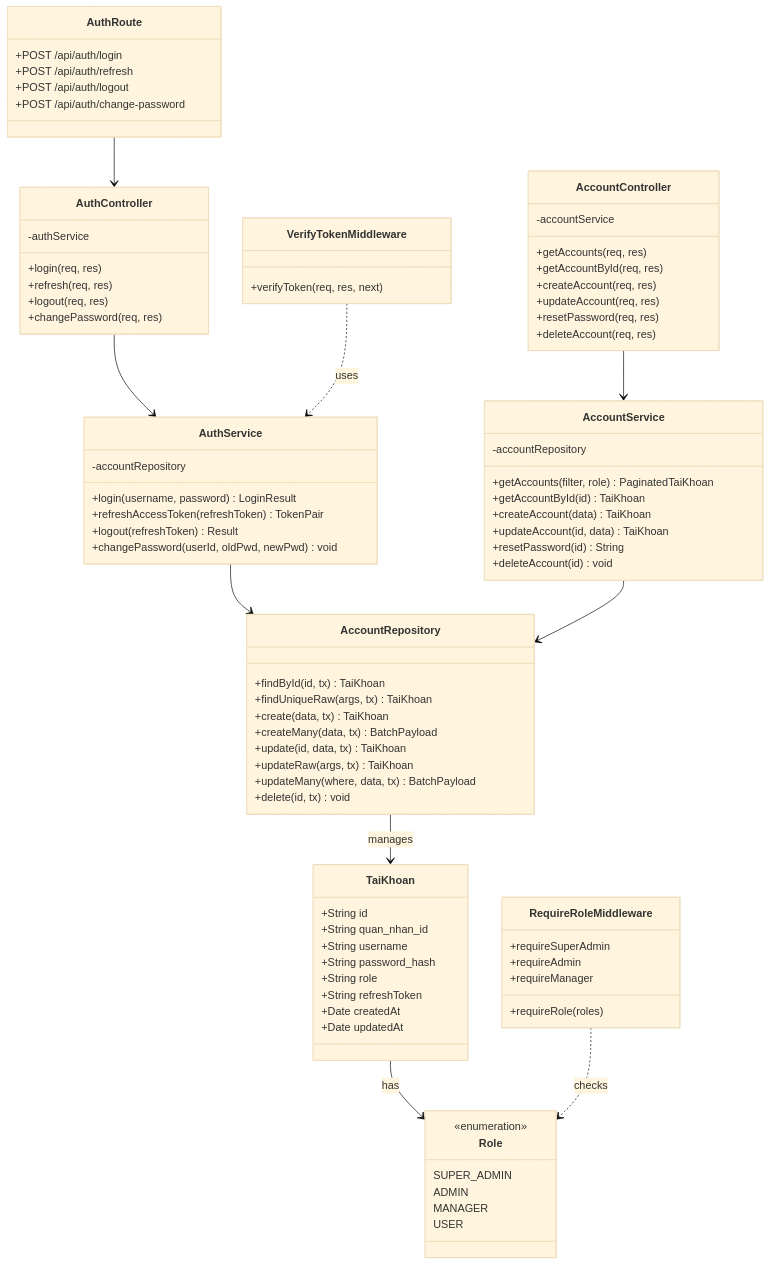
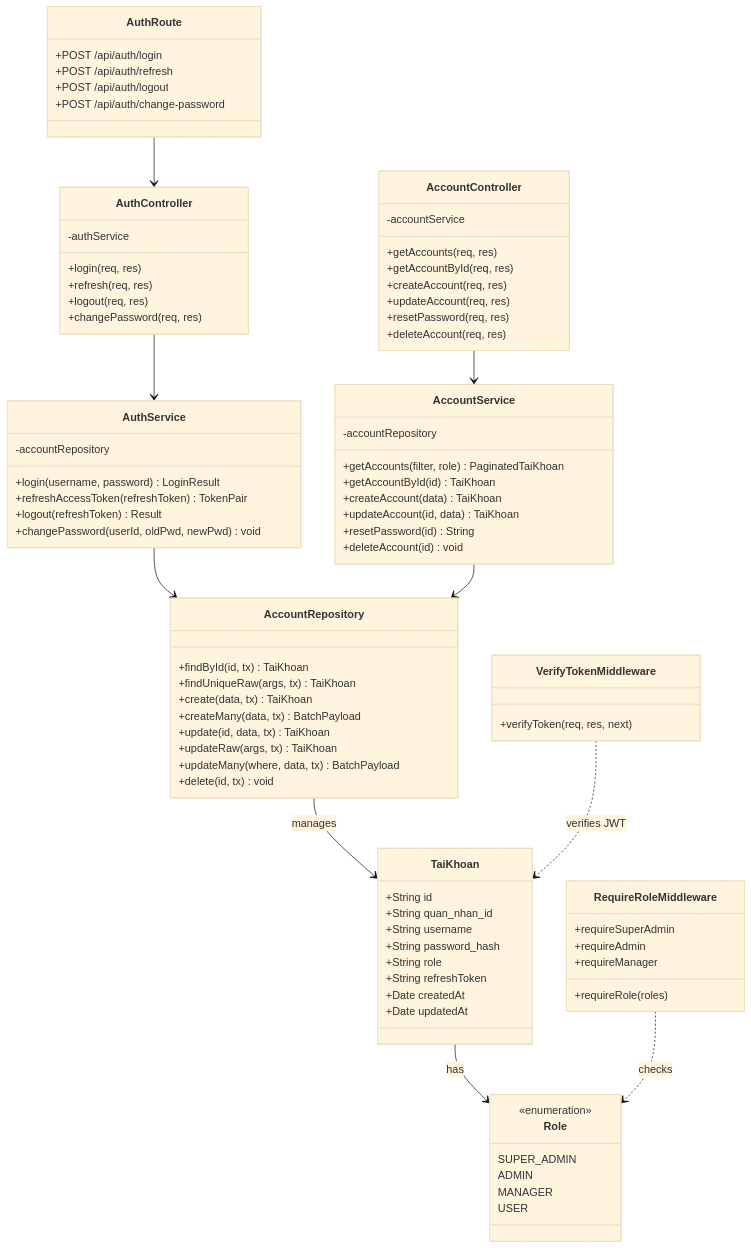
The fourth of 5 diagrams in docs/diagrams/04-class.md (tranducbk/DATN_PM_QLKT), drawn with Mermaid (base theme) before and after one commit. The commit also changed other lines of this file and 29 other files, not shown here.

First line of the commit message:
Update CLAUDE.md with additional validation rules and introduce new database schema

````diff
--- a/docs/diagrams/04-class.md
+++ b/docs/diagrams/04-class.md
@@ -440,6 +438,6 @@
     AccountController --> AccountService
     AccountService --> AccountRepository
     AccountRepository --> TaiKhoan : manages
-    VerifyTokenMiddleware ..> AuthService : uses
+    VerifyTokenMiddleware ..> TaiKhoan : verifies JWT
     RequireRoleMiddleware ..> Role : checks
 ```
````
